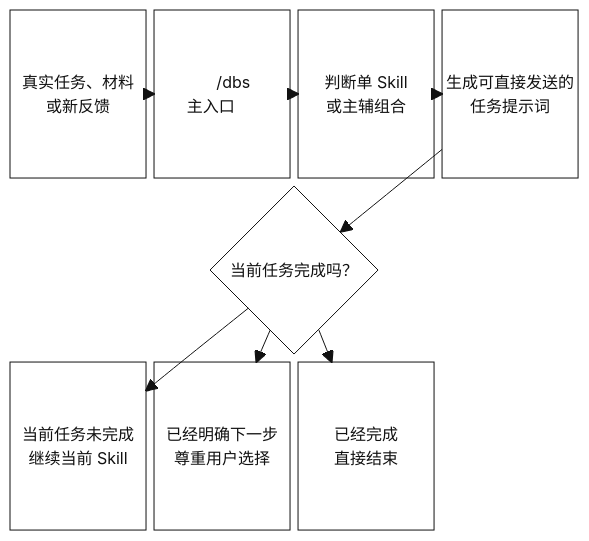
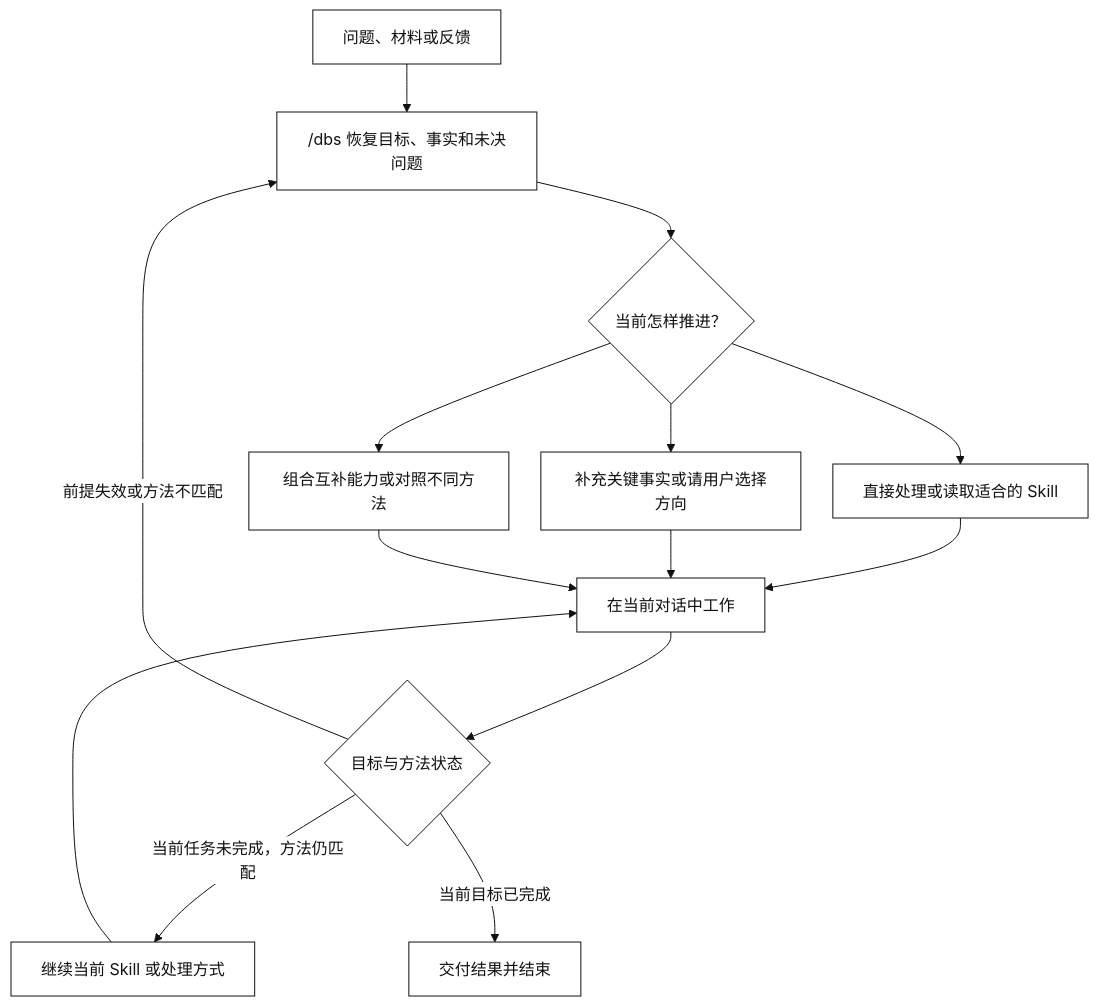
The diagram in docs/skill-link-map.mmd (fishlives0u0/dbskill), drawn with Mermaid before and after one commit. The commit also changed 16 other files, not shown here.

```diff
--- a/docs/skill-link-map.mmd
+++ b/docs/skill-link-map.mmd
@@ -1,53 +1,43 @@
 %%{init: {
   "theme": "base",
   "themeVariables": {
     "background": "#ffffff",
     "primaryColor": "#ffffff",
     "primaryTextColor": "#111111",
     "primaryBorderColor": "#111111",
     "lineColor": "#111111",
     "secondaryColor": "#ffffff",
     "secondaryTextColor": "#111111",
     "secondaryBorderColor": "#111111",
     "tertiaryColor": "#ffffff",
     "tertiaryTextColor": "#111111",
     "tertiaryBorderColor": "#111111",
     "clusterBkg": "#ffffff",
     "clusterBorder": "#111111",
     "defaultLinkColor": "#111111",
     "fontFamily": "Helvetica, Arial, PingFang SC, Microsoft YaHei, sans-serif"
   },
   "flowchart": {
     "htmlLabels": true,
     "curve": "basis",
     "nodeSpacing": 32,
     "rankSpacing": 48
   }
 }}%%
 
 %% 本文件保留编排逻辑草图；README 中的正式 4:3 图示为手工维护的 skill-link-map-4x3.svg。
 
-block-beta
-    columns 4
-
-    A["真实任务、材料<br/>或新反馈"]
-    B["&nbsp;&nbsp;&nbsp;&nbsp;&nbsp;/dbs<br/>主入口&nbsp;&nbsp;&nbsp;&nbsp;&nbsp;"]
-    C["判断单 Skill<br/>或主辅组合"]
-    D["生成可直接发送的<br/>任务提示词"]
-
-    space
-    E{"当前任务完成吗？"}:2
-    space
-
-    F["当前任务未完成<br/>继续当前 Skill"]
-    G["已经明确下一步<br/>尊重用户选择"]
-    H["已经完成<br/>直接结束"]
-    space
-
-    A --> B
-    B --> C
-    C --> D
-    D --> E
-    E --> F
+flowchart TD
+    A["问题、材料或反馈"] --> B["/dbs 恢复目标、事实和未决问题"]
+    B --> C{"当前怎样推进？"}
+    C --> D["直接处理或读取适合的 Skill"]
+    C --> E["补充关键事实或请用户选择方向"]
+    C --> F["组合互补能力或对照不同方法"]
+    D --> G["在当前对话中工作"]
     E --> G
-    E --> H
+    F --> G
+    G --> H{"目标与方法状态"}
+    H -->|当前任务未完成，方法仍匹配| I["继续当前 Skill 或处理方式"]
+    I --> G
+    H -->|前提失效或方法不匹配| B
+    H -->|当前目标已完成| J["交付结果并结束"]
```
